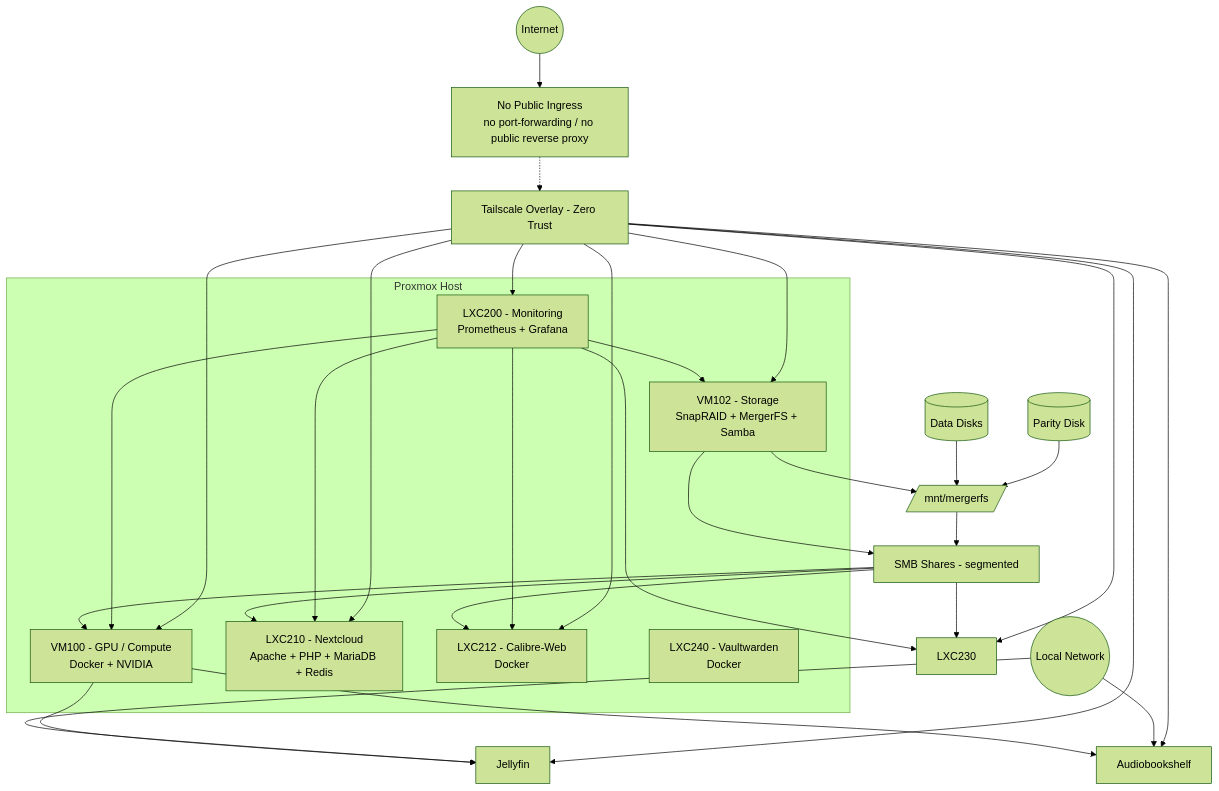
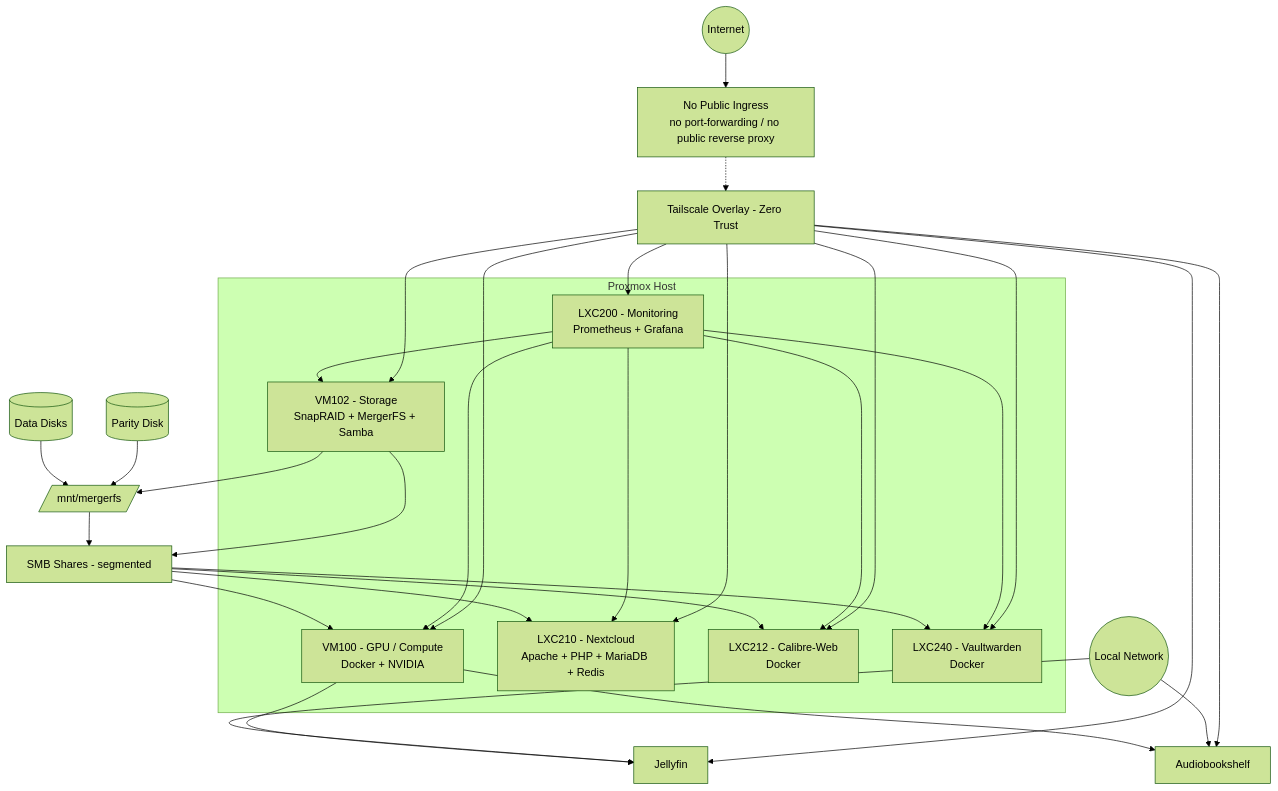
Before and after one commit to sohanreddyk/homelab-server-architecture: the diagram in docs/architecture/diagram.md, drawn with Mermaid (forest theme).

Commit message:
Update architecture diagram to replace LXC230 with LXC240

````diff
--- a/docs/architecture/diagram.md
+++ b/docs/architecture/diagram.md
@@ -9,66 +9,66 @@
 ```mermaid
 flowchart TB
 
   %% Access Layers
   Internet((Internet))
   LAN((Local Network))
   TS[Tailscale Overlay - Zero Trust]
   NoPublic[No Public Ingress<br/>no port-forwarding / no public reverse proxy]
 
   Internet --> NoPublic
   NoPublic -.-> TS
 
   %% Proxmox Layer
   subgraph Proxmox Host
     VM102[VM102 - Storage<br/>SnapRAID + MergerFS + Samba]
     VM100[VM100 - GPU / Compute<br/>Docker + NVIDIA]
     LXC200[LXC200 - Monitoring<br/>Prometheus + Grafana]
     LXC210[LXC210 - Nextcloud<br/>Apache + PHP + MariaDB + Redis]
     LXC212[LXC212 - Calibre-Web<br/>Docker]
     LXC240[LXC240 - Vaultwarden<br/>Docker]
   end
 
   %% Storage Internals
   Disks[(Data Disks)]
   Parity[(Parity Disk)]
   MergerFS[/mnt/mergerfs/]
   Samba[SMB Shares - segmented]
 
   Disks --> MergerFS
   Parity --> MergerFS
   MergerFS --> Samba
   VM102 --> MergerFS
   VM102 --> Samba
 
   %% Storage Consumers
   Samba --> VM100
   Samba --> LXC210
   Samba --> LXC212
-  Samba --> LXC230
+  Samba --> LXC240
 
   %% VM100 Services
   VM100 --> Jellyfin[Jellyfin]
   VM100 --> ABS[Audiobookshelf]
 
   %% Monitoring Targets
   LXC200 --> VM102
   LXC200 --> VM100
   LXC200 --> LXC210
   LXC200 --> LXC212
-  LXC200 --> LXC230
+  LXC200 --> LXC240
 
   %% Access Model
   TS --> VM100
   TS --> VM102
   TS --> LXC200
   TS --> LXC210
   TS --> LXC212
-  TS --> LXC230
+  TS --> LXC240
 
   LAN --> Jellyfin
   LAN --> ABS
 
   TS --> Jellyfin
   TS --> ABS
 
 ```
````
